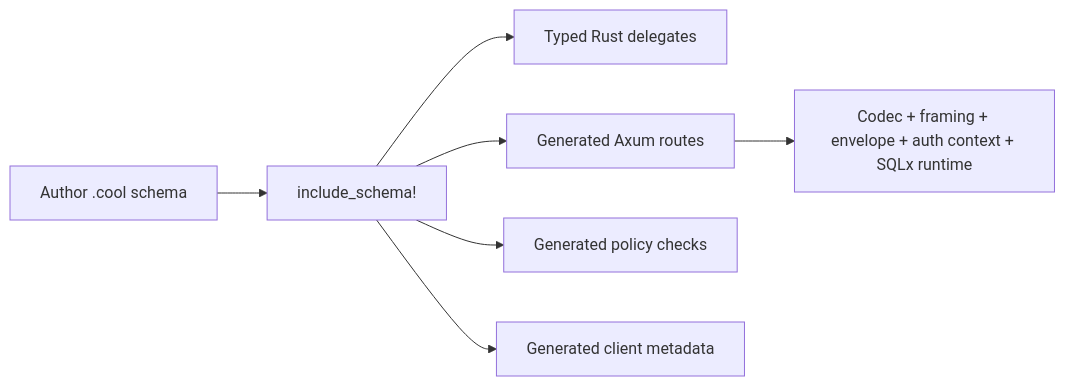
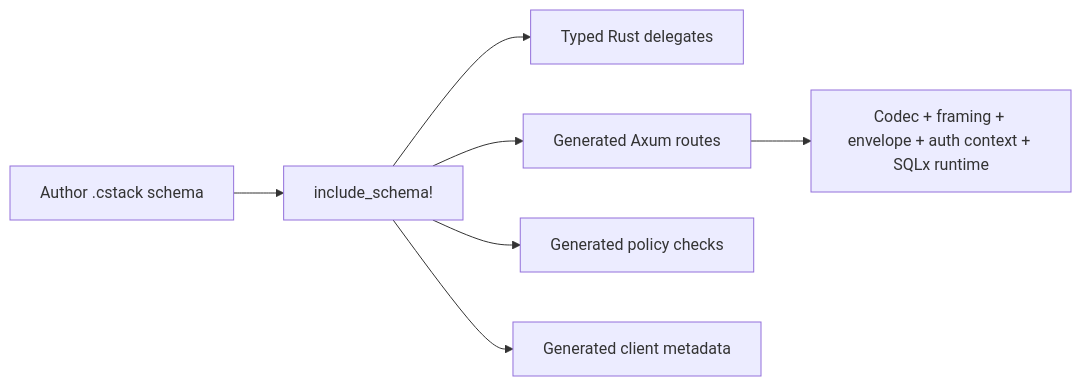
One commit to vaam-store/cratestack-docs changed the first of 2 diagrams in docs/internals/product-requirements.md. Above: the diagram before and after it, drawn with Mermaid. The commit also changed other lines of this file and 15 other files, not shown here.

````diff
--- a/docs/internals/product-requirements.md
+++ b/docs/internals/product-requirements.md
@@ -98,9 +98,9 @@
 ```mermaid
 flowchart LR
-    Schema[Author .cool schema] --> Macro[include_schema!]
+    Schema[Author .cstack schema] --> Macro[include_schema!]
     Macro --> Delegates[Typed Rust delegates]
     Macro --> Routes[Generated Axum routes]
     Macro --> Policies[Generated policy checks]
     Macro --> Clients[Generated client metadata]
     Routes --> Runtime[Codec + framing + envelope + auth context + SQLx runtime]
 ```
````
